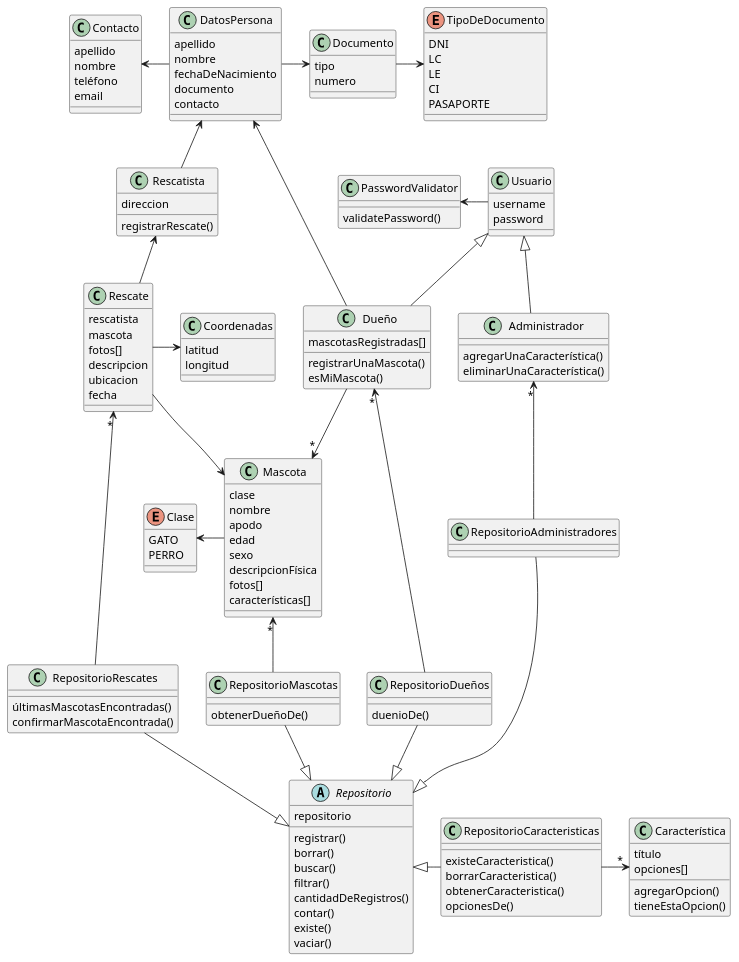
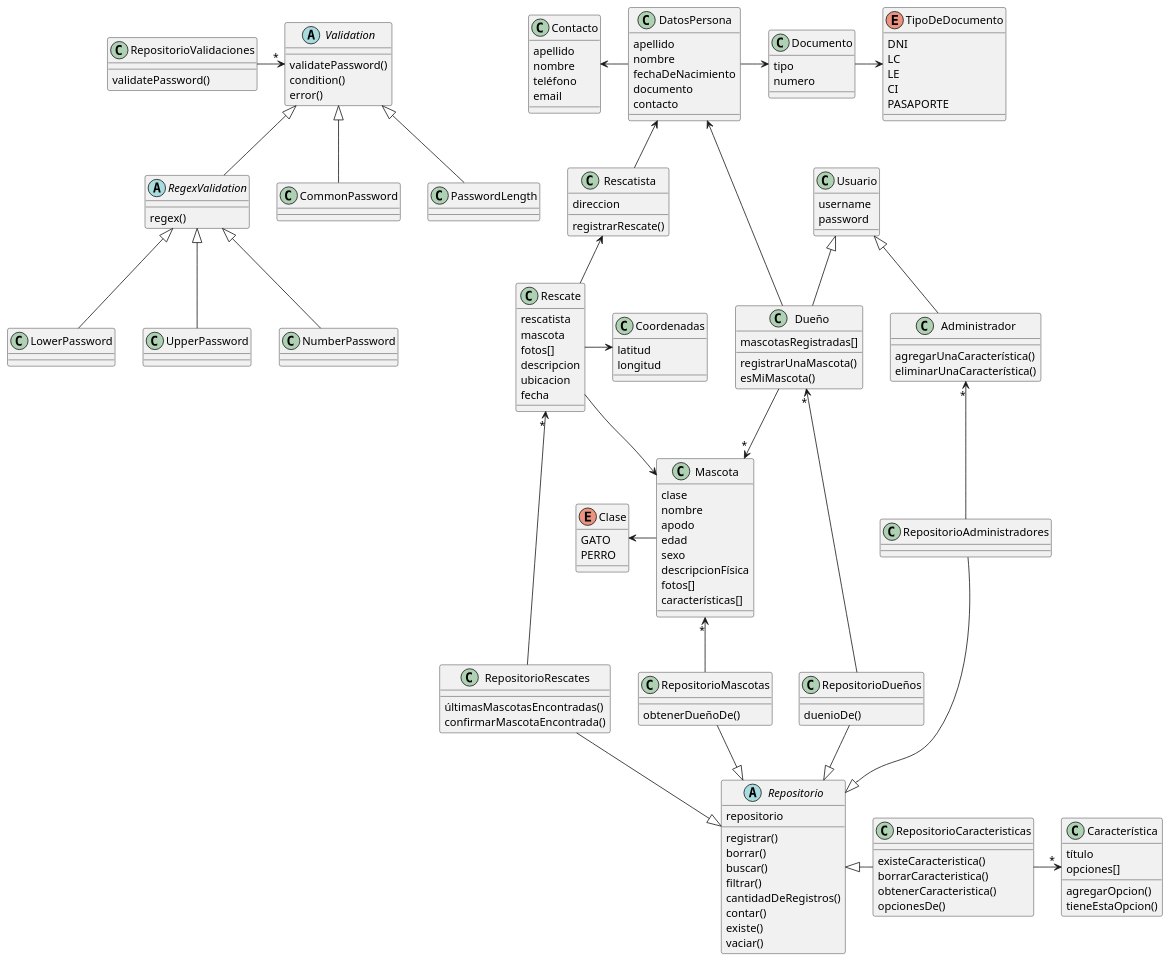
Before and after one commit to aleeherasimiuk/RescateDePatitas: the diagram in diagramaDeClases.plantuml, drawn with PlantUML.

Commit message:
Actualizo diagrama de clases

```diff
--- a/diagramaDeClases.plantuml
+++ b/diagramaDeClases.plantuml
@@ -91,9 +91,6 @@
   tieneEstaOpcion()
 }
 
-class PasswordValidator{
-  validatePassword()
-}
 '''''''''''''''''''''''''''''''''''''''''''''''''''''''''''''''''''''''''''''
 ''''''''''''''''''''''''''''''''Repositorios'''''''''''''''''''''''''''''''''
 '''''''''''''''''''''''''''''''''''''''''''''''''''''''''''''''''''''''''''''
@@ -137,6 +134,32 @@
 
 }
 
+class RepositorioValidaciones{
+  validatePassword()
+}
+
+
+'''''''''''''''''''''''''''''''''''''''''''''''''''''''''''''''''''''''''''''
+'''''''''''''''''''''''''Validación de Contraseñas'''''''''''''''''''''''''''
+'''''''''''''''''''''''''''''''''''''''''''''''''''''''''''''''''''''''''''''
+
+abstract Validation{
+
+  validatePassword()
+  condition()
+  error()
+
+}
+abstract RegexValidation{
+  regex()
+}
+
+class CommonPassword{}
+class PasswordLength{}
+class LowerPassword{}
+class UpperPassword{}
+class NumberPassword{}
+
 '''''''''''''''''''''''''''''''''''''''''''''''''''''''''''''''''''''''''''''
 '''''''''''''''''''''''''Relaciones de Dominio'''''''''''''''''''''''''''''''
 '''''''''''''''''''''''''''''''''''''''''''''''''''''''''''''''''''''''''''''
@@ -147,7 +170,6 @@
 DatosPersona  -r->    Documento
 DatosPersona  -l->    Contacto
 Rescate       -u->    Rescatista
-Usuario       -l->    PasswordValidator
 Dueño         -u-|>   Usuario
 Rescate       -d->    Mascota
 Documento     -r->    TipoDeDocumento
@@ -160,11 +182,12 @@
 '''''''''''''''''''''''''Relaciones de Repositorios''''''''''''''''''''''''''
 '''''''''''''''''''''''''''''''''''''''''''''''''''''''''''''''''''''''''''''
 
-RepositorioDueños -u-> "*" Dueño
-RepositorioMascotas -u-> "*" Mascota
-RepositorioRescates -u-> "*" Rescate
-RepositorioAdministradores -u-> "*" Administrador
-RepositorioCaracteristicas ->"*" Característica
+RepositorioDueños           -u-> "*" Dueño
+RepositorioMascotas         -u-> "*" Mascota
+RepositorioRescates         -u-> "*" Rescate
+RepositorioAdministradores  -u-> "*" Administrador
+RepositorioCaracteristicas  ->   "*" Característica
+RepositorioValidaciones     ->   "*" Validation
 
 '''''''''''''''''''''''''''''''''''''''''''''''''''''''''''''''''''''''''''''
 ''''''''''''''''''''''''''Herencias de Repositorios''''''''''''''''''''''''''
@@ -176,4 +199,14 @@
 RepositorioCaracteristicas -l-|> Repositorio
 RepositorioAdministradores -d--|> Repositorio
 
+
+
+RegexValidation -u-|> Validation
+CommonPassword  -u-|> Validation
+PasswordLength  -u-|> Validation
+LowerPassword   -u-|> RegexValidation
+UpperPassword   -u-|> RegexValidation
+NumberPassword  -u-|> RegexValidation
+
+
 @enduml
```
